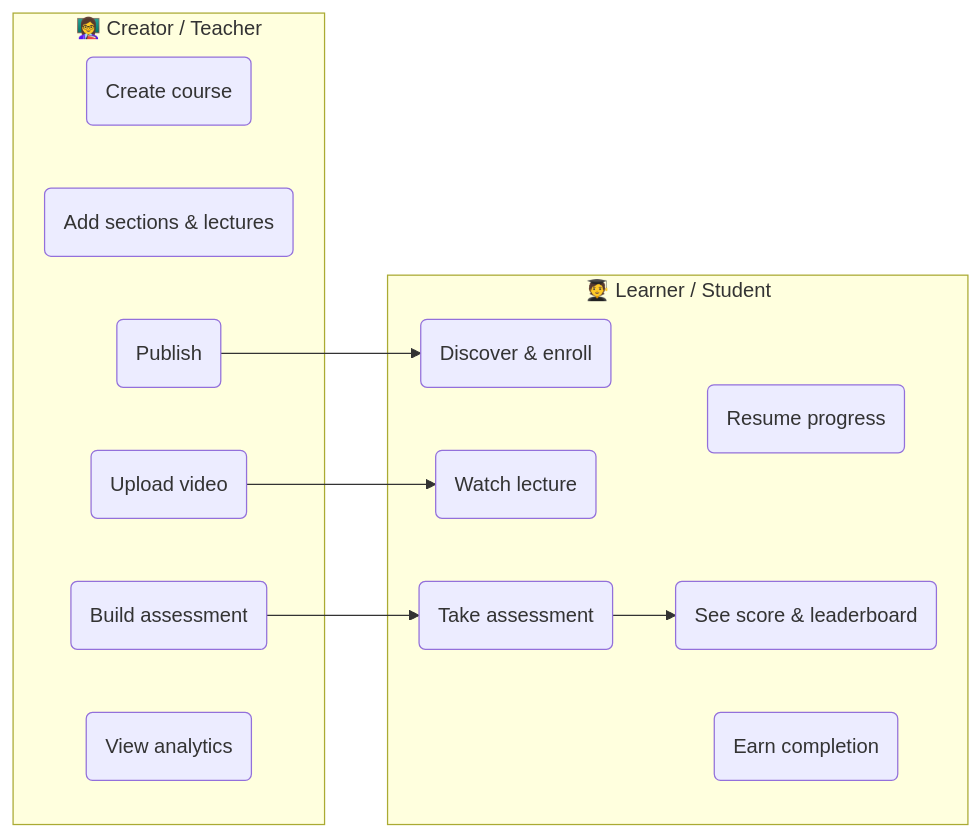
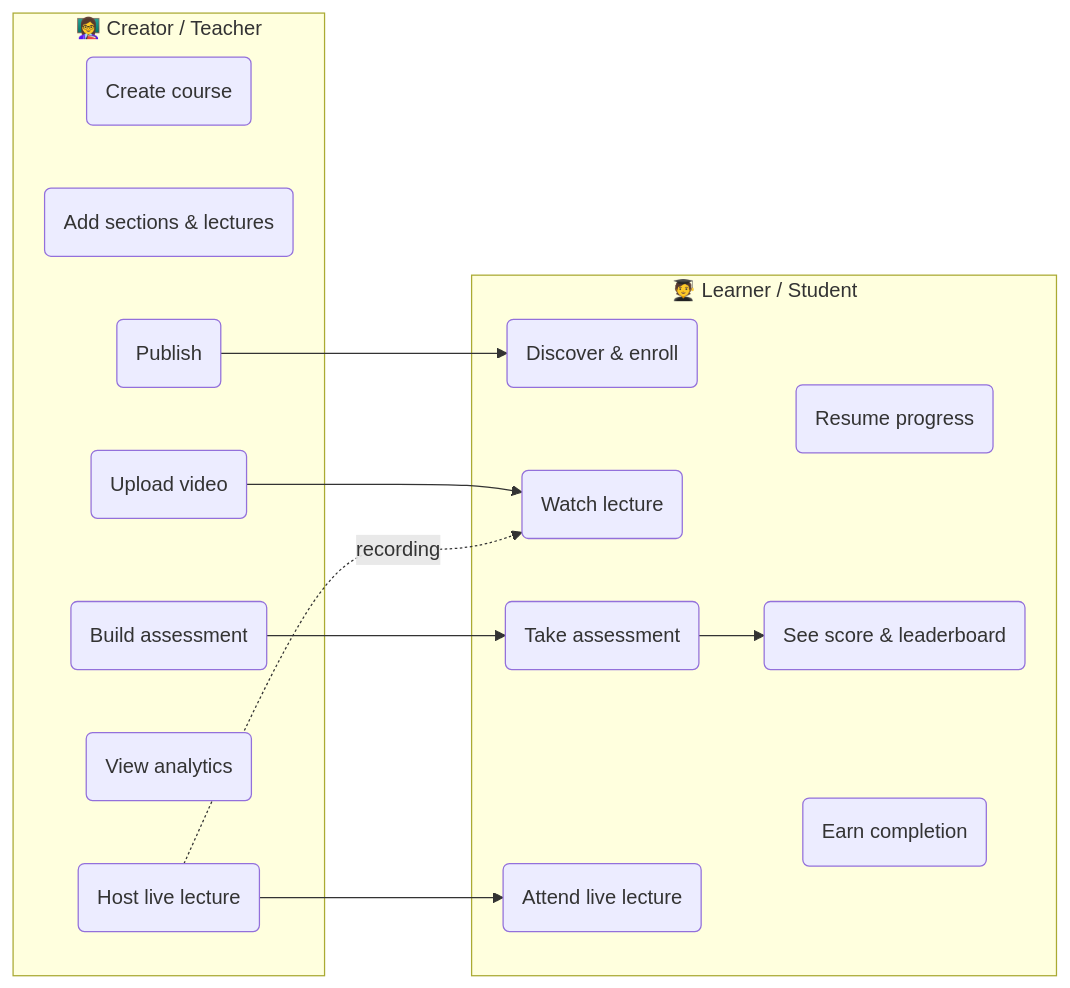
Before and after one commit to amitrangra-labs/coursecraft: the first of 15 diagrams in docs/USER_JOURNEYS.md, drawn with Mermaid. The commit also changed other lines of this file and 4 other files, not shown here.

First line of the commit message:
Add live-stream lectures (creator host + learner attend) via YouTube Live

````diff
--- a/docs/USER_JOURNEYS.md
+++ b/docs/USER_JOURNEYS.md
@@ -16,23 +16,27 @@
 ```mermaid
 flowchart LR
     subgraph Creator["👩‍🏫 Creator / Teacher"]
       C1(Create course)
       C2(Add sections & lectures)
       C3(Upload video)
       C4(Build assessment)
       C5(Publish)
       C6(View analytics)
+      C7(Host live lecture)
     end
     subgraph Learner["🧑‍🎓 Learner / Student"]
       L1(Discover & enroll)
       L2(Watch lecture)
       L3(Resume progress)
       L4(Take assessment)
       L5(See score & leaderboard)
       L6(Earn completion)
+      L7(Attend live lecture)
     end
     C5 --> L1
     C3 --> L2
     C4 --> L4
     L4 --> L5
+    C7 --> L7
+    C7 -.recording.-> L2
 ```
````
